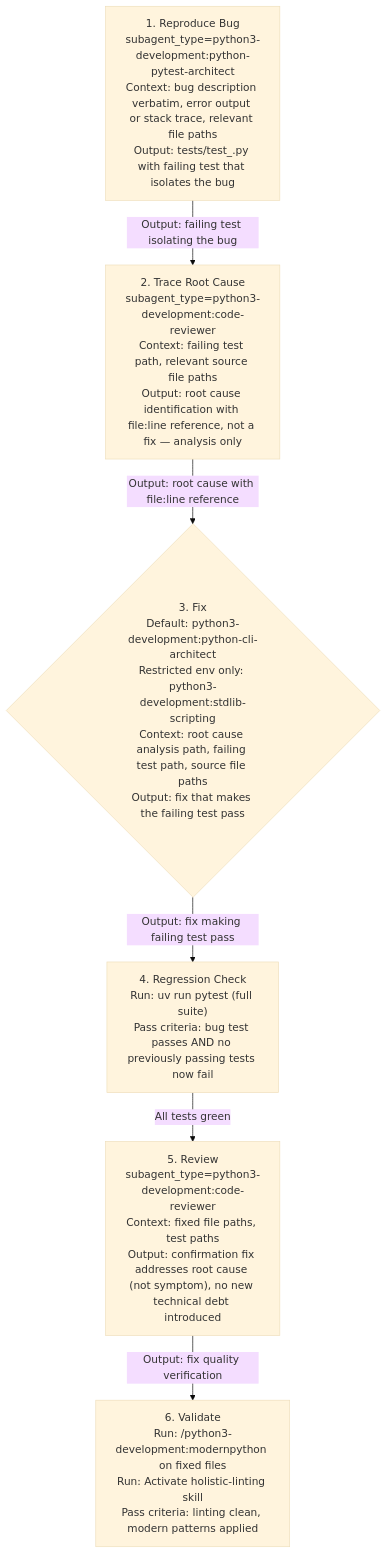
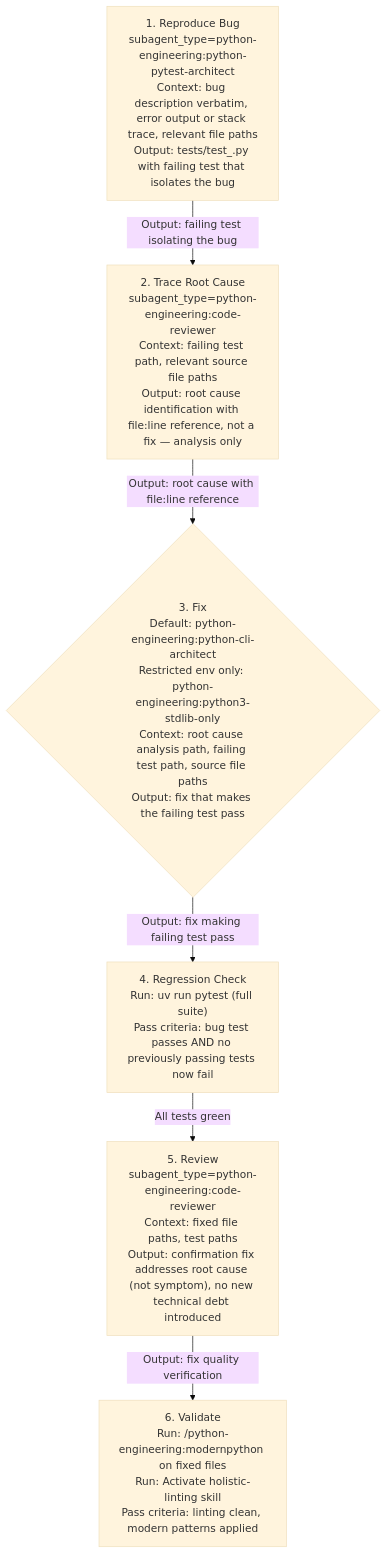
One commit to chgreer1070/claude_skills changed the fifth of 6 diagrams in plugins/python-engineering/skills/orchestrating-python-development/SKILL.md. Above: the diagram before and after it, drawn with Mermaid (base theme). The commit also changed other lines of this file and 10 other files, not shown here.

First line of the commit message:
fix(python-engineering): replace all python3-development: skill refs with python-engineering:

````diff
--- a/plugins/python-engineering/skills/orchestrating-python-development/SKILL.md
+++ b/plugins/python-engineering/skills/orchestrating-python-development/SKILL.md
@@ -161,14 +161,14 @@
 ```mermaid
 flowchart TD
-    S1["1. Reproduce Bug<br>subagent_type=python3-development:python-pytest-architect<br>Context: bug description verbatim, error output or stack trace, relevant file paths<br>Output: tests/test_<module>.py with failing test that isolates the bug"]
-    S2["2. Trace Root Cause<br>subagent_type=python3-development:code-reviewer<br>Context: failing test path, relevant source file paths<br>Output: root cause identification with file:line reference, not a fix — analysis only"]
-    S3{"3. Fix<br>Default: python3-development:python-cli-architect<br>Restricted env only: python3-development:stdlib-scripting<br>Context: root cause analysis path, failing test path, source file paths<br>Output: fix that makes the failing test pass"}
+    S1["1. Reproduce Bug<br>subagent_type=python-engineering:python-pytest-architect<br>Context: bug description verbatim, error output or stack trace, relevant file paths<br>Output: tests/test_<module>.py with failing test that isolates the bug"]
+    S2["2. Trace Root Cause<br>subagent_type=python-engineering:code-reviewer<br>Context: failing test path, relevant source file paths<br>Output: root cause identification with file:line reference, not a fix — analysis only"]
+    S3{"3. Fix<br>Default: python-engineering:python-cli-architect<br>Restricted env only: python-engineering:python3-stdlib-only<br>Context: root cause analysis path, failing test path, source file paths<br>Output: fix that makes the failing test pass"}
     S4["4. Regression Check<br>Run: uv run pytest (full suite)<br>Pass criteria: bug test passes AND no previously passing tests now fail"]
-    S5["5. Review<br>subagent_type=python3-development:code-reviewer<br>Context: fixed file paths, test paths<br>Output: confirmation fix addresses root cause (not symptom), no new technical debt introduced"]
-    S6["6. Validate<br>Run: /python3-development:modernpython on fixed files<br>Run: Activate holistic-linting skill<br>Pass criteria: linting clean, modern patterns applied"]
+    S5["5. Review<br>subagent_type=python-engineering:code-reviewer<br>Context: fixed file paths, test paths<br>Output: confirmation fix addresses root cause (not symptom), no new technical debt introduced"]
+    S6["6. Validate<br>Run: /python-engineering:modernpython on fixed files<br>Run: Activate holistic-linting skill<br>Pass criteria: linting clean, modern patterns applied"]
     S1 -->|"Output: failing test isolating the bug"| S2
     S2 -->|"Output: root cause with file:line reference"| S3
     S3 -->|"Output: fix making failing test pass"| S4
     S4 -->|"All tests green"| S5
     S5 -->|"Output: fix quality verification"| S6
 ```
````
